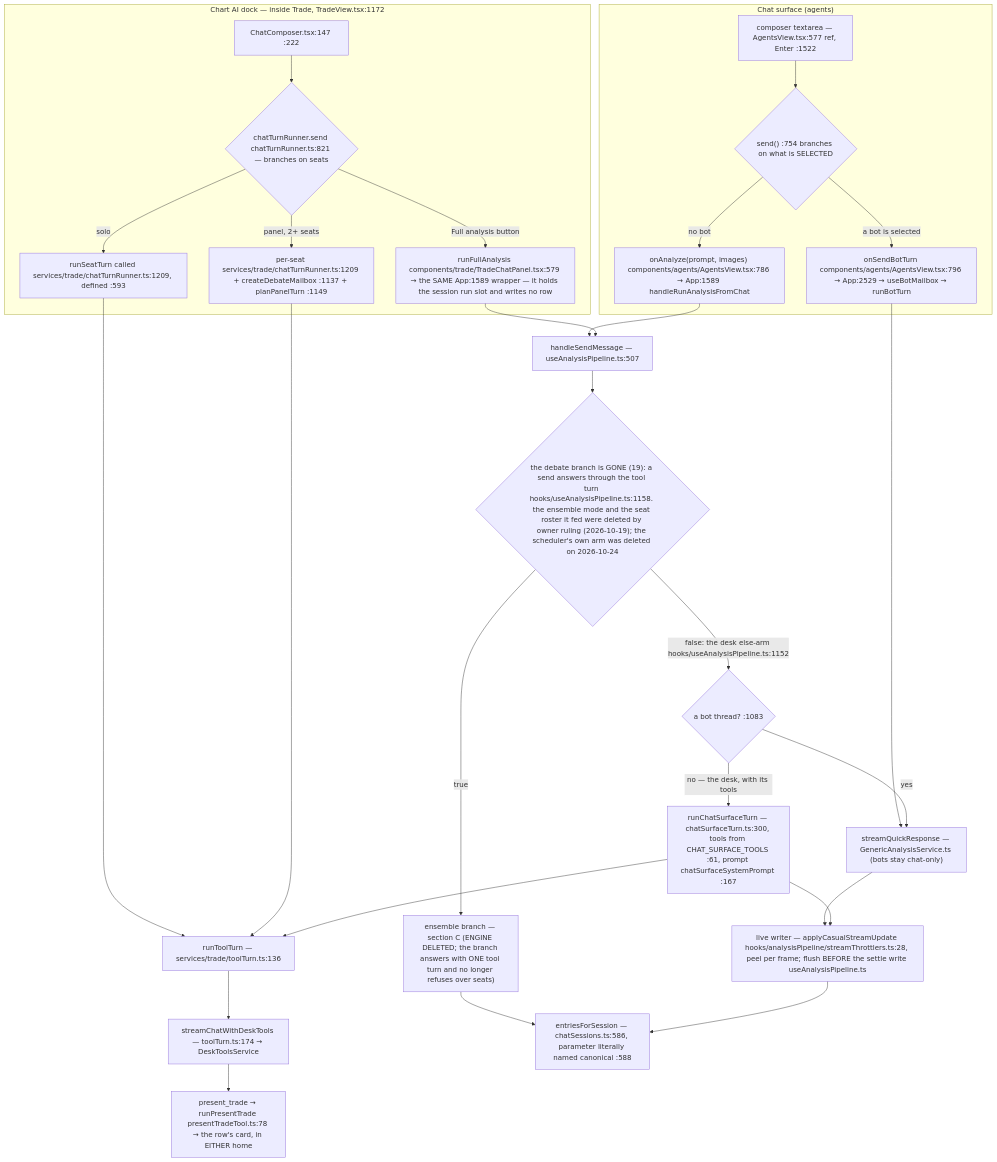
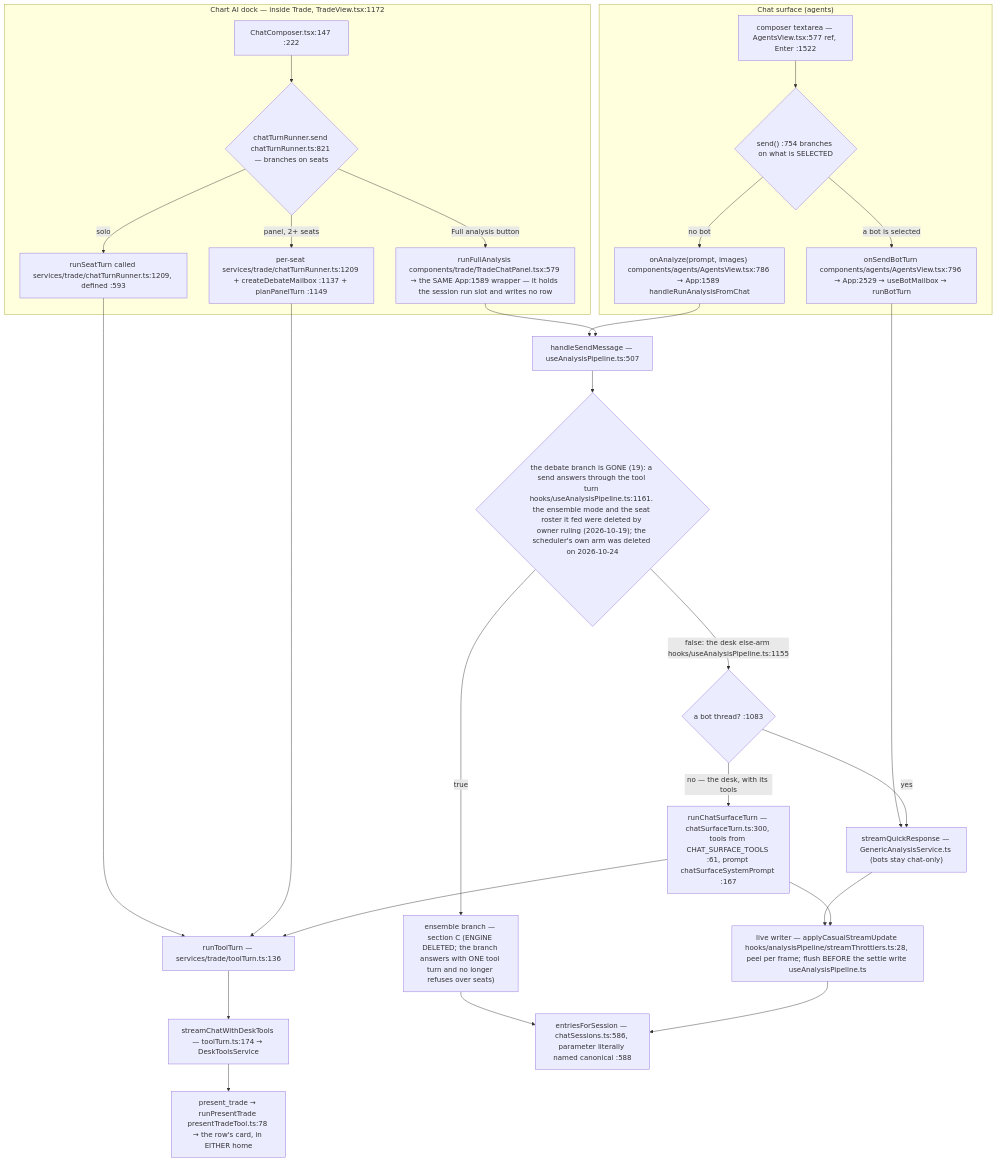
One commit to Acepay25/august-3.5 changed the second of 8 diagrams in docs/app-flow.md. Above: the diagram before and after it, drawn with Mermaid. The commit also changed other lines of this file and 12 other files, not shown here.

````diff
--- a/docs/app-flow.md
+++ b/docs/app-flow.md
@@ -78,31 +78,31 @@
 ```mermaid
 flowchart TD
     subgraph CHAT["Chat surface (agents)"]
         CB["composer textarea — AgentsView.tsx:577 ref, Enter :1522"] --> D1{"send() :754 branches on what is SELECTED"}
         D1 -->|a bot is selected| BOT["onSendBotTurn components/agents/AgentsView.tsx:796 → App:2529 → useBotMailbox → runBotTurn"]
         D1 -->|no bot| AN["onAnalyze(prompt, images) components/agents/AgentsView.tsx:786 → App:1589 handleRunAnalysisFromChat"]
     end
     subgraph DOCK["Chart AI dock — inside Trade, TradeView.tsx:1172"]
         DC["ChatComposer.tsx:147 :222"] --> D2{"chatTurnRunner.send chatTurnRunner.ts:821 — branches on seats"}
         D2 -->|solo| SO["runSeatTurn called services/trade/chatTurnRunner.ts:1209, defined :593"]
         D2 -->|panel, 2+ seats| PN["per-seat services/trade/chatTurnRunner.ts:1209 + createDebateMailbox :1137 + planPanelTurn :1149"]
         D2 -->|Full analysis button| FA["runFullAnalysis components/trade/TradeChatPanel.tsx:579 → the SAME App:1589 wrapper — it holds the session run slot and writes no row"]
     end
     SO --> TT["runToolTurn — services/trade/toolTurn.ts:136"]
     PN --> TT
     TT --> SCDT["streamChatWithDeskTools — toolTurn.ts:174 → DeskToolsService"]
     BOT --> TR["streamQuickResponse — GenericAnalysisService.ts (bots stay chat-only)"]
     AN --> HSM["handleSendMessage — useAnalysisPipeline.ts:507"]
     FA --> HSM
-    HSM --> D3{"the debate branch is GONE (19): a send answers through the tool turn hooks/useAnalysisPipeline.ts:1158. the ensemble mode and the seat roster it fed were deleted by owner ruling (2026-10-19); the scheduler's own arm was deleted on 2026-10-24"}
+    HSM --> D3{"the debate branch is GONE (19): a send answers through the tool turn hooks/useAnalysisPipeline.ts:1161. the ensemble mode and the seat roster it fed were deleted by owner ruling (2026-10-19); the scheduler's own arm was deleted on 2026-10-24"}
     D3 -->|true| ENS["ensemble branch — section C (ENGINE DELETED; the branch answers with ONE tool turn and no longer refuses over seats)"]
-    D3 -->|false: the desk else-arm hooks/useAnalysisPipeline.ts:1152| SPLIT{"a bot thread? :1083"}
+    D3 -->|false: the desk else-arm hooks/useAnalysisPipeline.ts:1155| SPLIT{"a bot thread? :1083"}
     SPLIT -->|yes| TR
     SPLIT -->|no — the desk, with its tools| CST["runChatSurfaceTurn — chatSurfaceTurn.ts:300, tools from CHAT_SURFACE_TOOLS :61, prompt chatSurfaceSystemPrompt :167"]
     CST --> TT
     TR --> LW["live writer — applyCasualStreamUpdate hooks/analysisPipeline/streamThrottlers.ts:28, peel per frame; flush BEFORE the settle write useAnalysisPipeline.ts"]
     CST --> LW
     ENS --> MERGE
     LW --> MERGE["entriesForSession — chatSessions.ts:586, parameter literally named canonical :588"]
     SCDT --> PT["present_trade → runPresentTrade presentTradeTool.ts:78 → the row's card, in EITHER home"]
 ```
````
